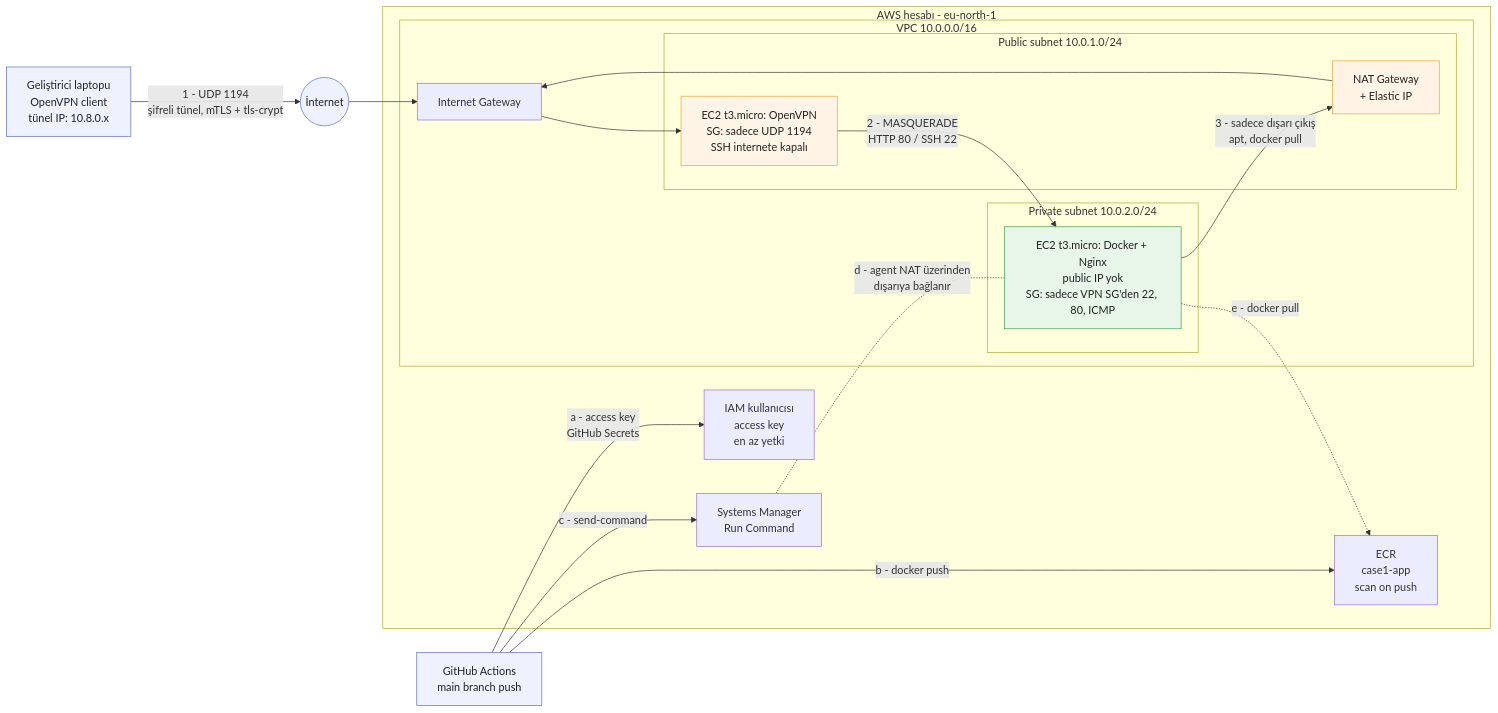
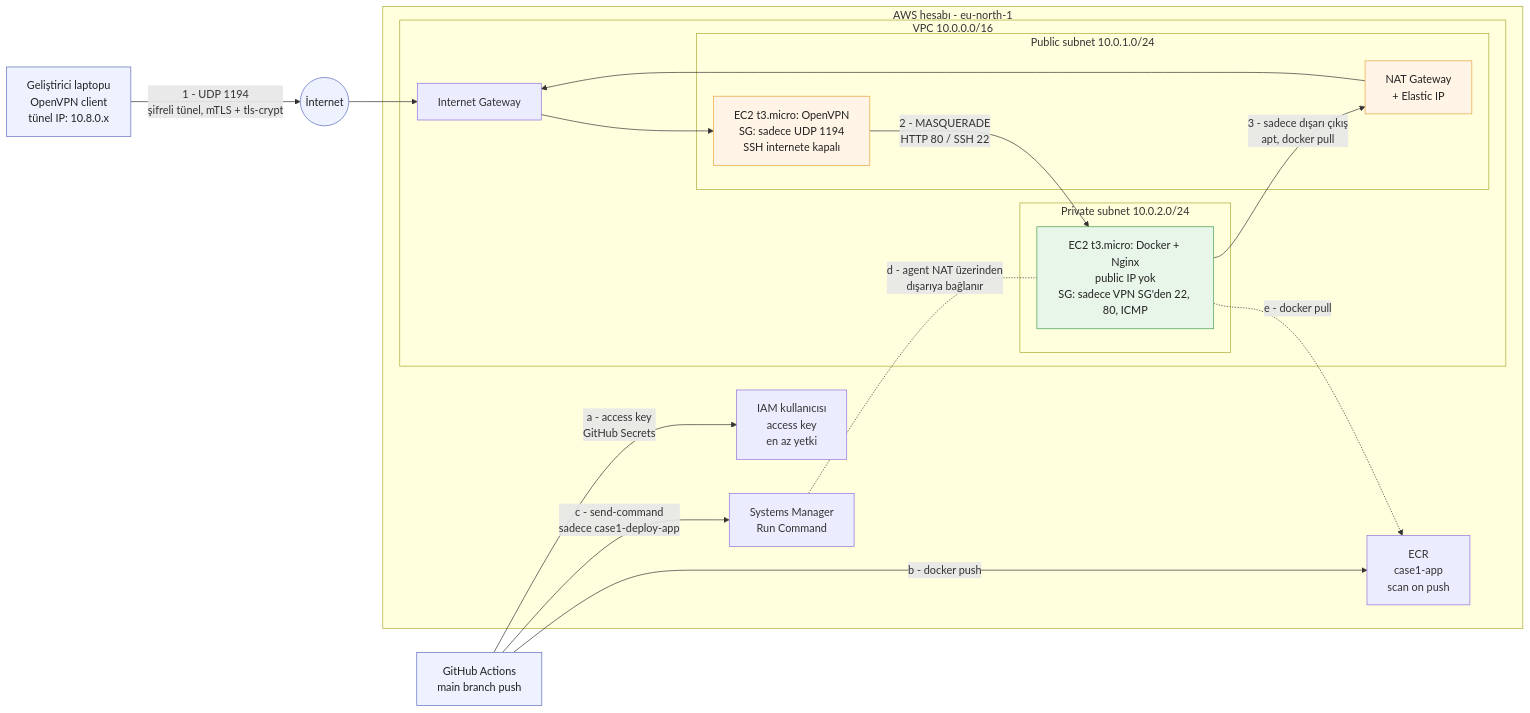
One commit to Kkocaoglan/DevOps_Case changed the diagram in docs/architecture.mmd. Above: the diagram before and after it, drawn with Mermaid. The commit also changed 3 other files, not shown here.

```diff
--- a/docs/architecture.mmd
+++ b/docs/architecture.mmd
@@ -1,43 +1,43 @@
 flowchart LR
     dev["Geliştirici laptopu<br/>OpenVPN client<br/>tünel IP: 10.8.0.x"]
     net(("İnternet"))
     gh["GitHub Actions<br/>main branch push"]
 
     subgraph aws["AWS hesabı - eu-north-1"]
         iam["IAM kullanıcısı<br/>access key<br/>en az yetki"]
         ecr["ECR<br/>case1-app<br/>scan on push"]
         ssm["Systems Manager<br/>Run Command"]
 
         subgraph vpc["VPC 10.0.0.0/16"]
             igw["Internet Gateway"]
 
             subgraph pub["Public subnet 10.0.1.0/24"]
                 vpn["EC2 t3.micro: OpenVPN<br/>SG: sadece UDP 1194<br/>SSH internete kapalı"]
                 nat["NAT Gateway<br/>+ Elastic IP"]
             end
 
             subgraph priv["Private subnet 10.0.2.0/24"]
                 app["EC2 t3.micro: Docker + Nginx<br/>public IP yok<br/>SG: sadece VPN SG'den 22, 80, ICMP"]
             end
         end
     end
 
     dev -- "1 - UDP 1194<br/>şifreli tünel, mTLS + tls-crypt" --> net
     net --> igw
     igw --> vpn
     vpn -- "2 - MASQUERADE<br/>HTTP 80 / SSH 22" --> app
     app -- "3 - sadece dışarı çıkış<br/>apt, docker pull" --> nat
     nat --> igw
 
     gh -- "a - access key<br/>GitHub Secrets" --> iam
     gh -- "b - docker push" --> ecr
-    gh -- "c - send-command" --> ssm
+    gh -- "c - send-command<br/>sadece case1-deploy-app" --> ssm
     ssm -. "d - agent NAT üzerinden<br/>dışarıya bağlanır" .- app
     app -. "e - docker pull" .-> ecr
 
     classDef public fill:#fff4e5,stroke:#e8a33d,color:#222
     classDef private fill:#e8f5e9,stroke:#43a047,color:#222
     classDef ext fill:#eef2ff,stroke:#5c6bc0,color:#222
     class vpn,nat public
     class app private
     class dev,gh,net ext
```
